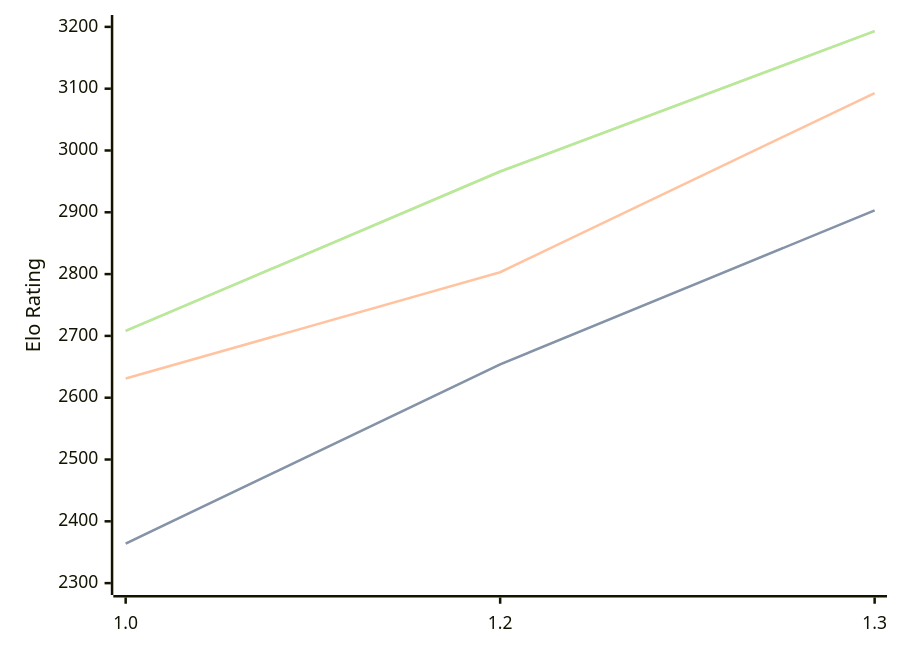
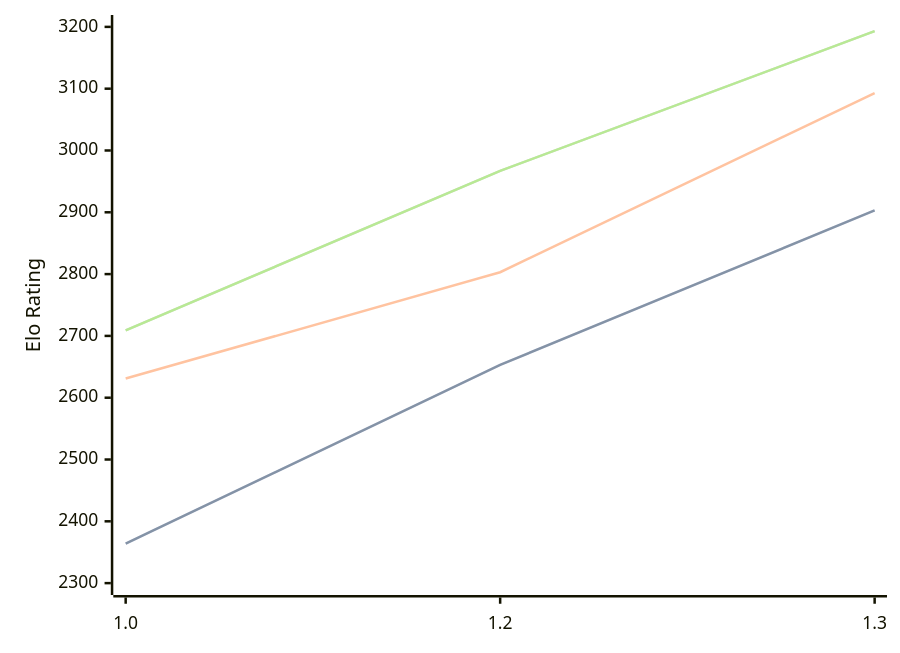
The diagram in engines/Chessnix.md (computer-chess-index/cci), drawn with Mermaid before and after one commit. The commit also changed other lines of this file, not shown here.

Commit message:
Update CCI Ratings (ELO VLTC) - 2026-03-21

````diff
--- a/engines/Chessnix.md
+++ b/engines/Chessnix.md
@@ -35,11 +35,11 @@
 ```mermaid
 %%{init: {"theme":"base","themeVariables":{"seriesColors:['#a3a3a3','#222221','#faa371']}}}%%
 xychart-beta
   x-axis ["1.0", "1.2", "1.3"]
   y-axis "Elo Rating" 2300 --> 3200
-  line "STC (8.0+0.08s)" [2364, 2654, 2903]
-  line "STC (8.0+0.08s)" [2364, 2654, 2903]
+  line "STC (8.0+0.08s)" [2364, 2653, 2903]
+  line "STC (8.0+0.08s)" [2364, 2653, 2903]
   line "LTC (60.0+0.60s)" [2631, 2803, 3093]
-  line "VLTC (2m24s+1.12s)" [2708, 2966, 3193]
-  line "VLTC (2m24s+1.12s)" [2708, 2966, 3193]
+  line "VLTC (2m24s+1.12s)" [2709, 2967, 3193]
+  line "VLTC (2m24s+1.12s)" [2709, 2967, 3193]
 ```
````
